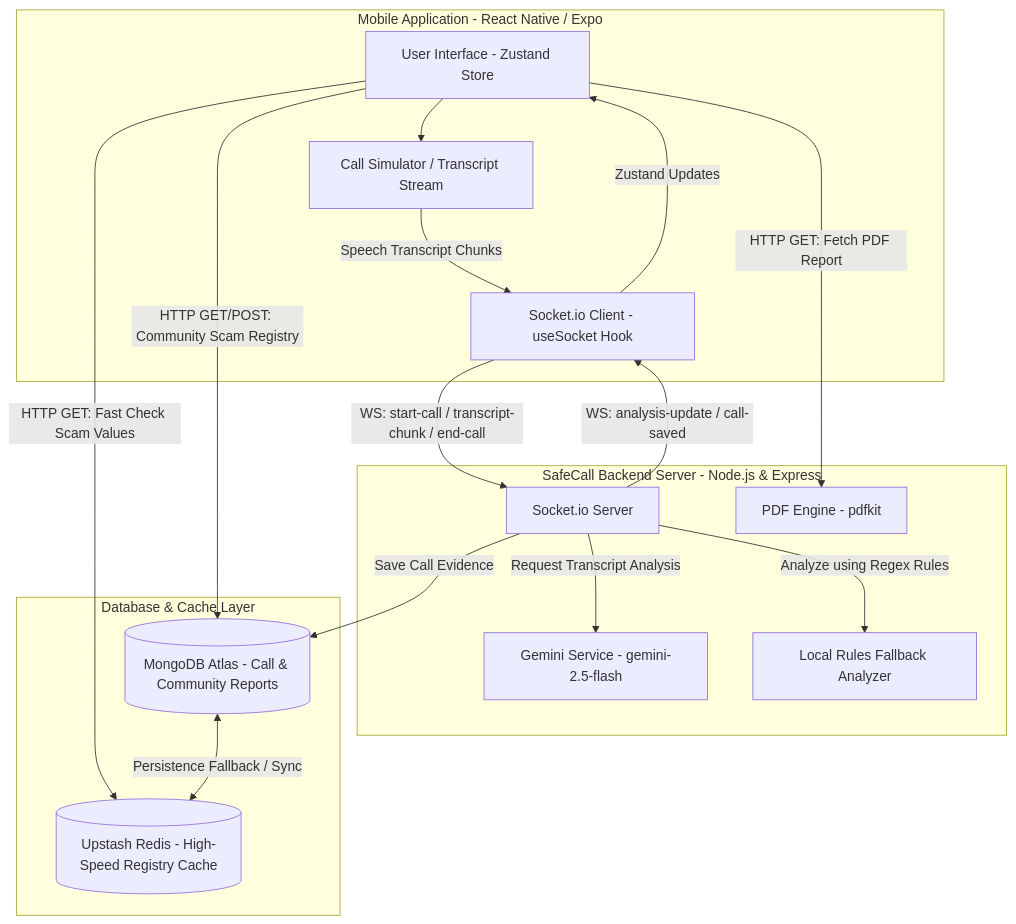
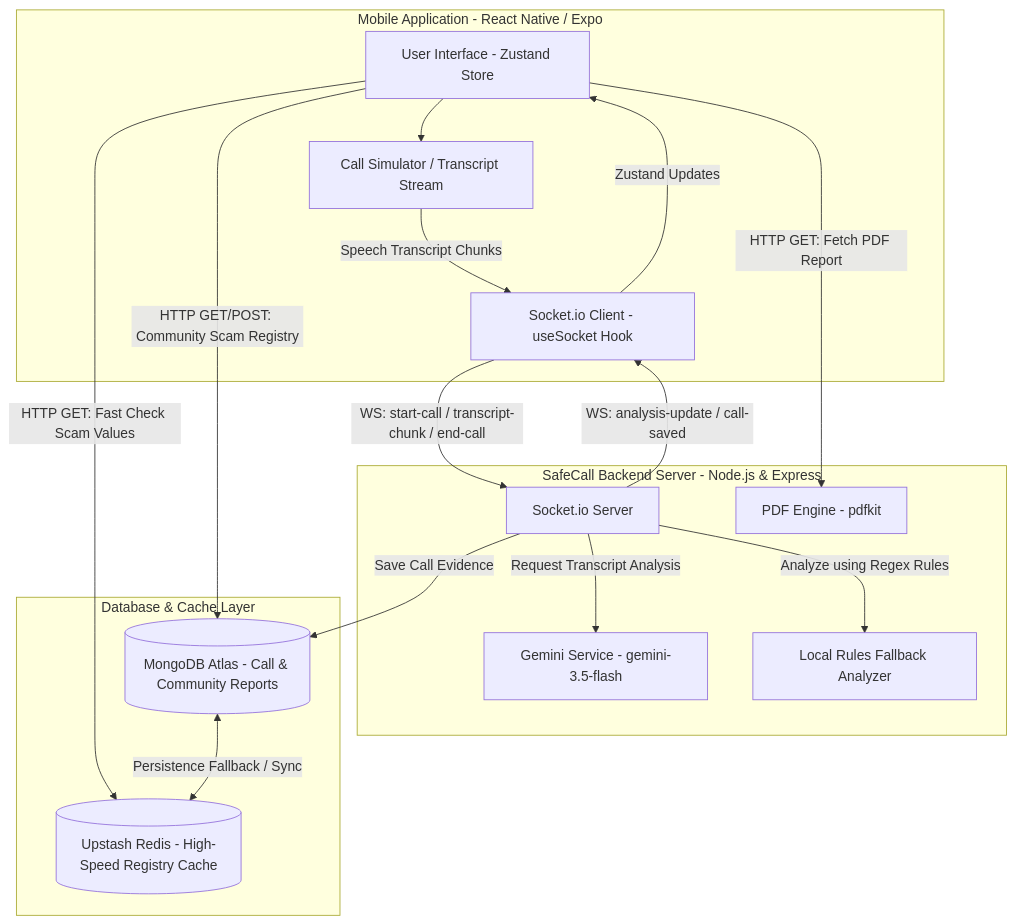
Before and after one commit to akshatkumark94-dotcom/SafeCall: the first of 2 diagrams in README.md, drawn with Mermaid. The commit also changed other lines of this file and 3 other files, not shown here.

Commit message:
docs: update README with Gemini 3.5 Flash details, pre-recorded audio upload option, and USB debugging port-forwarding instructions

````diff
--- a/README.md
+++ b/README.md
@@ -44,40 +44,40 @@
 ```mermaid
 graph TD
     subgraph Mobile Client [Mobile Application - React Native / Expo]
         UI[User Interface - Zustand Store]
         CS[Call Simulator / Transcript Stream]
         SC[Socket.io Client - useSocket Hook]
     end
 
     subgraph Backend Services [SafeCall Backend Server - Node.js & Express]
         SS[Socket.io Server]
-        AS[Gemini Service - gemini-2.5-flash]
+        AS[Gemini Service - gemini-3.5-flash]
         PE[PDF Engine - pdfkit]
         LR[Local Rules Fallback Analyzer]
     end
 
     subgraph Storage & Caching [Database & Cache Layer]
         MD[(MongoDB Atlas - Call & Community Reports)]
         RD[(Upstash Redis - High-Speed Registry Cache)]
     end
 
     %% Mobile Client Interactions
     UI --> CS
     CS -->|Speech Transcript Chunks| SC
     SC -->|WS: start-call / transcript-chunk / end-call| SS
     SS -->|WS: analysis-update / call-saved| SC
     SC -->|Zustand Updates| UI
 
     %% HTTP REST Endpoint Interactions
     UI -->|HTTP GET: Fetch PDF Report| PE
     UI -->|HTTP GET/POST: Community Scam Registry| MD
     UI -->|HTTP GET: Fast Check Scam Values| RD
 
     %% Backend Integrations
     SS -->|Request Transcript Analysis| AS
     SS -->|Analyze using Regex Rules| LR
     SS -->|Save Call Evidence| MD
     
     %% Cache & Database Sync
     MD <-->|Persistence Fallback / Sync| RD
 ```
````
